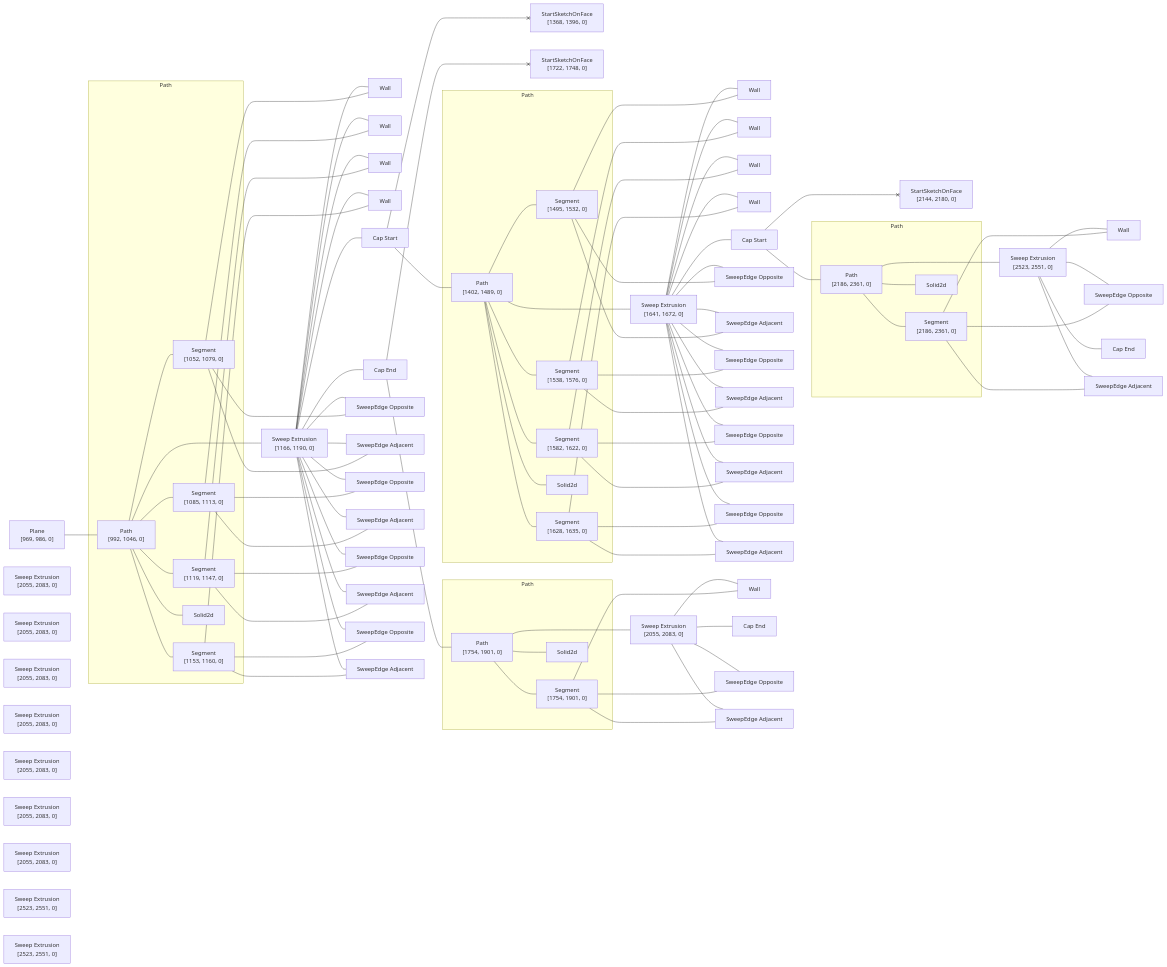
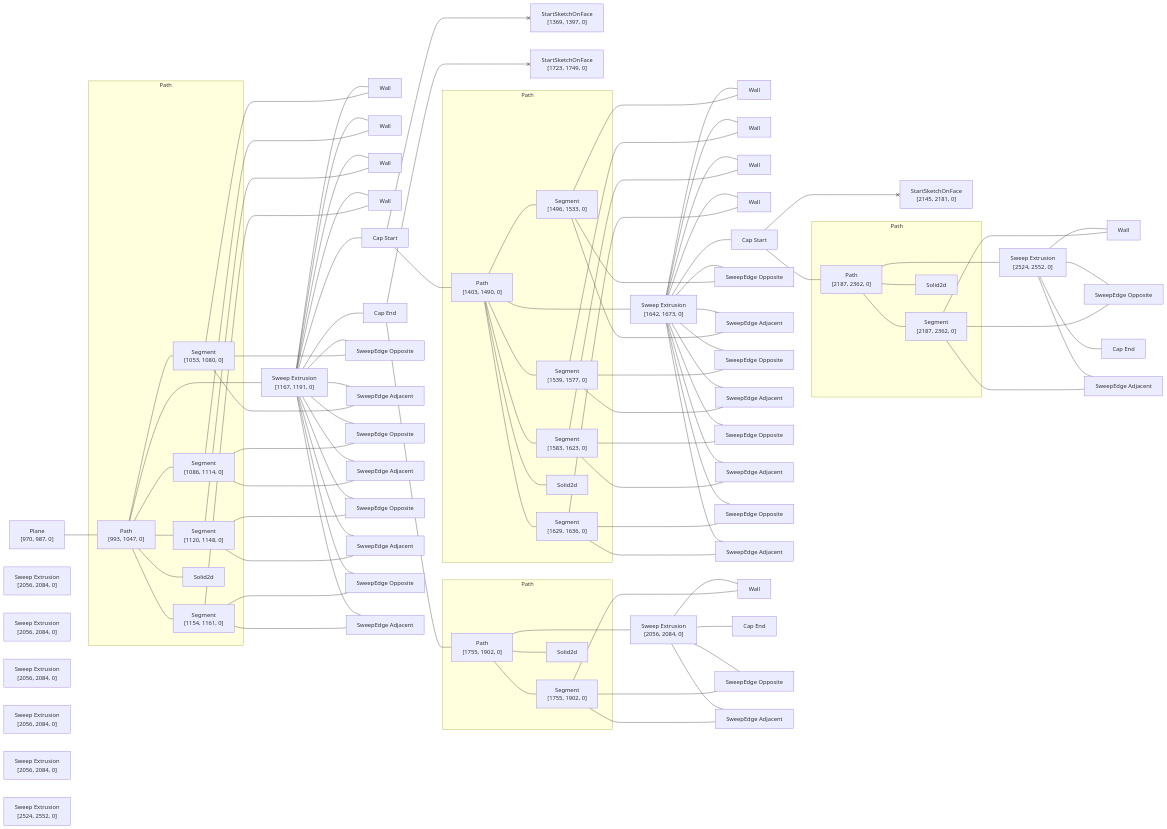
Before and after one commit to KittyCAD/modeling-app: the diagram in rust/kcl-lib/tests/kcl_samples/lego/artifact_graph_flowchart.snap.md, drawn with Mermaid. The commit also changed 122 other files, not shown here.

````diff
--- a/rust/kcl-lib/tests/kcl_samples/lego/artifact_graph_flowchart.snap.md
+++ b/rust/kcl-lib/tests/kcl_samples/lego/artifact_graph_flowchart.snap.md
@@ -1,33 +1,33 @@
 ```mermaid
 flowchart LR
   subgraph path2 [Path]
-    2["Path<br>[992, 1046, 0]"]
-    3["Segment<br>[1052, 1079, 0]"]
-    4["Segment<br>[1085, 1113, 0]"]
-    5["Segment<br>[1119, 1147, 0]"]
-    6["Segment<br>[1153, 1160, 0]"]
+    2["Path<br>[993, 1047, 0]"]
+    3["Segment<br>[1053, 1080, 0]"]
+    4["Segment<br>[1086, 1114, 0]"]
+    5["Segment<br>[1120, 1148, 0]"]
+    6["Segment<br>[1154, 1161, 0]"]
     7[Solid2d]
   end
   subgraph path23 [Path]
-    23["Path<br>[1402, 1489, 0]"]
-    24["Segment<br>[1495, 1532, 0]"]
-    25["Segment<br>[1538, 1576, 0]"]
-    26["Segment<br>[1582, 1622, 0]"]
-    27["Segment<br>[1628, 1635, 0]"]
+    23["Path<br>[1403, 1490, 0]"]
+    24["Segment<br>[1496, 1533, 0]"]
+    25["Segment<br>[1539, 1577, 0]"]
+    26["Segment<br>[1583, 1623, 0]"]
+    27["Segment<br>[1629, 1636, 0]"]
     28[Solid2d]
   end
   subgraph path43 [Path]
-    43["Path<br>[1754, 1901, 0]"]
-    44["Segment<br>[1754, 1901, 0]"]
+    43["Path<br>[1755, 1902, 0]"]
+    44["Segment<br>[1755, 1902, 0]"]
     45[Solid2d]
   end
-  subgraph path58 [Path]
-    58["Path<br>[2186, 2361, 0]"]
-    59["Segment<br>[2186, 2361, 0]"]
-    60[Solid2d]
+  subgraph path56 [Path]
+    56["Path<br>[2187, 2362, 0]"]
+    57["Segment<br>[2187, 2362, 0]"]
+    58[Solid2d]
   end
-  1["Plane<br>[969, 986, 0]"]
-  8["Sweep Extrusion<br>[1166, 1190, 0]"]
+  1["Plane<br>[970, 987, 0]"]
+  8["Sweep Extrusion<br>[1167, 1191, 0]"]
   9[Wall]
   10[Wall]
   11[Wall]
@@ -42,7 +42,7 @@
   20["SweepEdge Adjacent"]
   21["SweepEdge Opposite"]
   22["SweepEdge Adjacent"]
-  29["Sweep Extrusion<br>[1641, 1672, 0]"]
+  29["Sweep Extrusion<br>[1642, 1673, 0]"]
   30[Wall]
   31[Wall]
   32[Wall]
@@ -56,28 +56,25 @@
   40["SweepEdge Adjacent"]
   41["SweepEdge Opposite"]
   42["SweepEdge Adjacent"]
-  46["Sweep Extrusion<br>[2055, 2083, 0]"]
+  46["Sweep Extrusion<br>[2056, 2084, 0]"]
   47[Wall]
   48["Cap End"]
   49["SweepEdge Opposite"]
   50["SweepEdge Adjacent"]
-  51["Sweep Extrusion<br>[2055, 2083, 0]"]
-  52["Sweep Extrusion<br>[2055, 2083, 0]"]
-  53["Sweep Extrusion<br>[2055, 2083, 0]"]
-  54["Sweep Extrusion<br>[2055, 2083, 0]"]
-  55["Sweep Extrusion<br>[2055, 2083, 0]"]
-  56["Sweep Extrusion<br>[2055, 2083, 0]"]
-  57["Sweep Extrusion<br>[2055, 2083, 0]"]
-  61["Sweep Extrusion<br>[2523, 2551, 0]"]
-  62[Wall]
-  63["Cap End"]
-  64["SweepEdge Opposite"]
-  65["SweepEdge Adjacent"]
-  66["Sweep Extrusion<br>[2523, 2551, 0]"]
-  67["Sweep Extrusion<br>[2523, 2551, 0]"]
-  68["StartSketchOnFace<br>[1368, 1396, 0]"]
-  69["StartSketchOnFace<br>[1722, 1748, 0]"]
-  70["StartSketchOnFace<br>[2144, 2180, 0]"]
+  51["Sweep Extrusion<br>[2056, 2084, 0]"]
+  52["Sweep Extrusion<br>[2056, 2084, 0]"]
+  53["Sweep Extrusion<br>[2056, 2084, 0]"]
+  54["Sweep Extrusion<br>[2056, 2084, 0]"]
+  55["Sweep Extrusion<br>[2056, 2084, 0]"]
+  59["Sweep Extrusion<br>[2524, 2552, 0]"]
+  60[Wall]
+  61["Cap End"]
+  62["SweepEdge Opposite"]
+  63["SweepEdge Adjacent"]
+  64["Sweep Extrusion<br>[2524, 2552, 0]"]
+  65["StartSketchOnFace<br>[1369, 1397, 0]"]
+  66["StartSketchOnFace<br>[1723, 1749, 0]"]
+  67["StartSketchOnFace<br>[2145, 2181, 0]"]
   1 --- 2
   2 --- 3
   2 --- 4
@@ -144,7 +141,7 @@
   29 --- 40
   29 --- 41
   29 --- 42
-  34 --- 58
+  34 --- 56
   43 --- 44
   43 ---- 46
   43 --- 45
@@ -155,17 +152,17 @@
   46 --- 48
   46 --- 49
   46 --- 50
-  58 --- 59
-  58 ---- 61
-  58 --- 60
+  56 --- 57
+  56 ---- 59
+  56 --- 58
+  57 --- 60
+  57 --- 62
+  57 --- 63
+  59 --- 60
+  59 --- 61
   59 --- 62
-  59 --- 64
-  59 --- 65
-  61 --- 62
-  61 --- 63
-  61 --- 64
-  61 --- 65
-  13 <--x 68
-  14 <--x 69
-  34 <--x 70
+  59 --- 63
+  13 <--x 65
+  14 <--x 66
+  34 <--x 67
 ```
````
